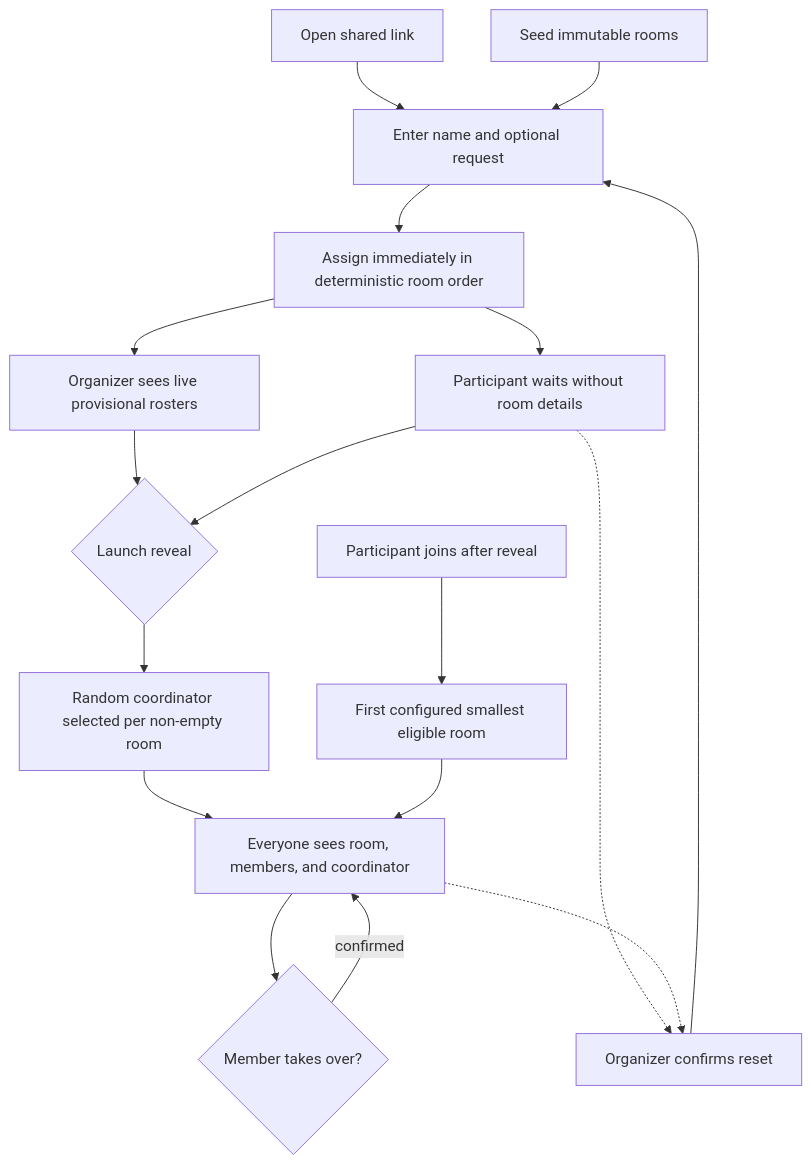
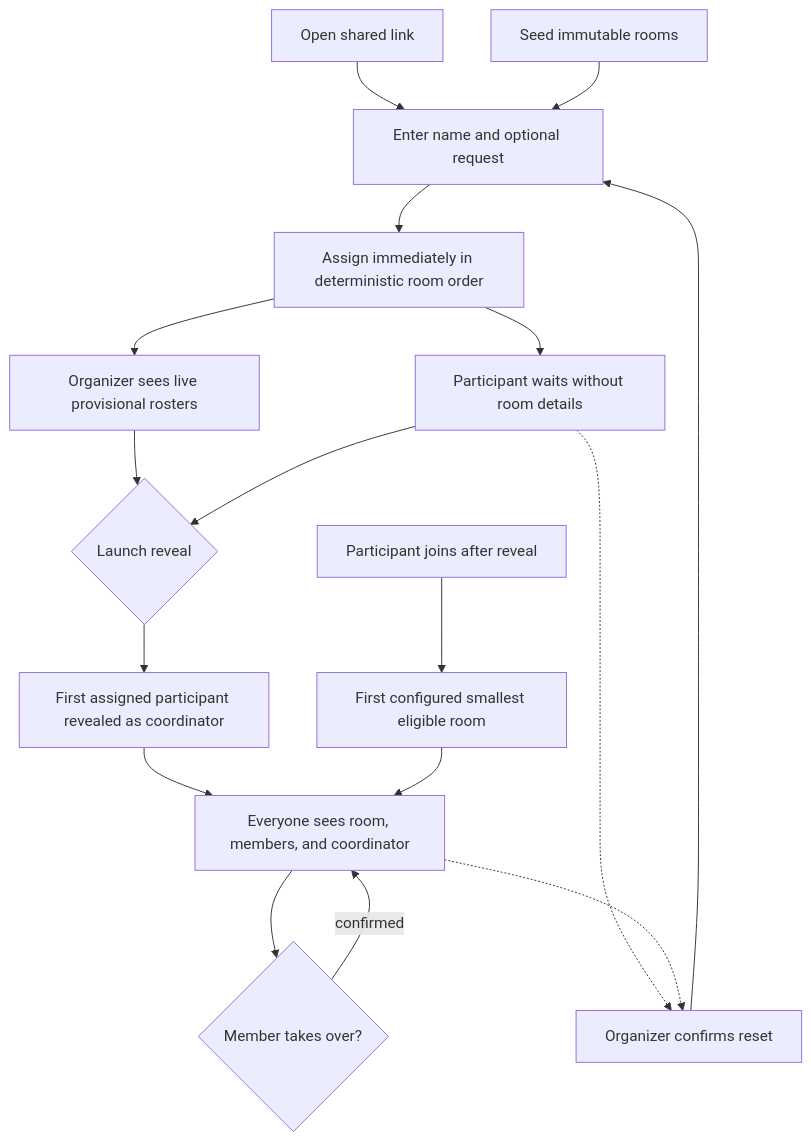
Before and after one commit to JesusFilm/dop: the first of 3 diagrams in docs/plans/2026-07-25-001-feat-participant-room-handoff-plan.md, drawn with Mermaid. The commit also changed other lines of this file and 8 other files, not shown here.

Commit message:
fix: make first room participant coordinator (#49)

````diff
--- a/docs/plans/2026-07-25-001-feat-participant-room-handoff-plan.md
+++ b/docs/plans/2026-07-25-001-feat-participant-room-handoff-plan.md
@@ -131,19 +131,19 @@
 ```mermaid
 flowchart TB
   Link["Open shared link"] --> Join["Enter name and optional request"]
   Seed["Seed immutable rooms"] --> Join
   Join --> Assign["Assign immediately in deterministic room order"]
   Assign --> Organizer["Organizer sees live provisional rosters"]
   Assign --> Lobby["Participant waits without room details"]
   Organizer --> Launch{"Launch reveal"}
   Lobby --> Launch
   Lobby -.-> Reset
-  Launch --> Coordinator["Random coordinator selected per non-empty room"]
+  Launch --> Coordinator["First assigned participant revealed as coordinator"]
   Coordinator --> Handoff["Everyone sees room, members, and coordinator"]
   Late["Participant joins after reveal"] --> Eligible["First configured smallest eligible room"]
   Eligible --> Handoff
   Handoff --> Takeover{"Member takes over?"}
   Takeover -->|confirmed| Handoff
   Handoff -.-> Reset
   Reset["Organizer confirms reset"] --> Join
 ```
````
